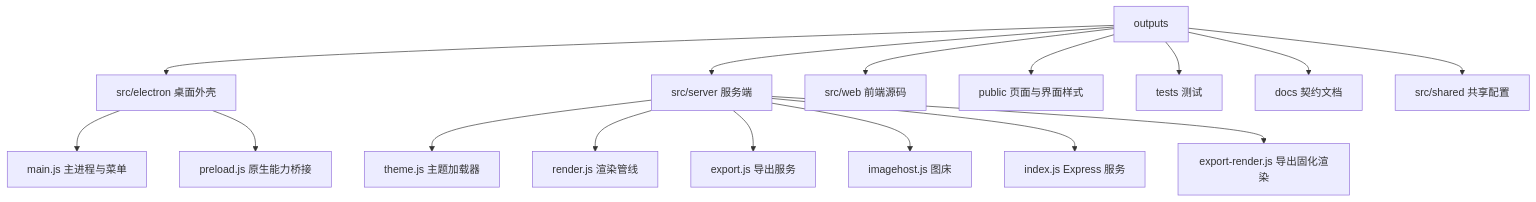
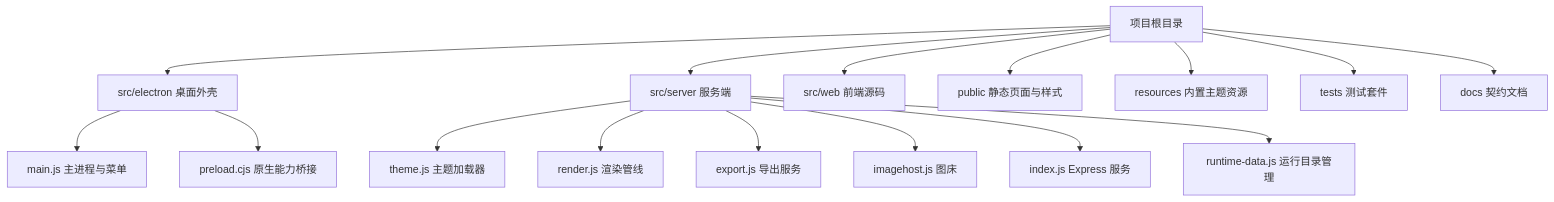
Before and after one commit to Jiao77/typora-compatible-editor: the diagram in README.md, drawn with Mermaid. The commit also changed other lines of this file and 95 other files, not shown here.

````diff
--- a/README.md
+++ b/README.md
@@ -59,18 +121,18 @@
 ```mermaid
 flowchart TD
-  A["outputs"] --> H["src/electron 桌面外壳"]
+  A["项目根目录"] --> H["src/electron 桌面外壳"]
   A --> B["src/server 服务端"]
   A --> C["src/web 前端源码"]
-  A --> D["public 页面与界面样式"]
-  A --> E["tests 测试"]
+  A --> D["public 静态页面与样式"]
+  A --> R["resources 内置主题资源"]
+  A --> E["tests 测试套件"]
   A --> F["docs 契约文档"]
   B --> B1["theme.js 主题加载器"]
   B --> B2["render.js 渲染管线"]
   B --> B3["export.js 导出服务"]
   B --> B4["imagehost.js 图床"]
   B --> B5["index.js Express 服务"]
-  B --> B6["export-render.js 导出固化渲染"]
-  A --> G["src/shared 共享配置"]
+  B --> B6["runtime-data.js 运行目录管理"]
   H --> H1["main.js 主进程与菜单"]
-  H --> H2["preload.js 原生能力桥接"]
+  H --> H2["preload.cjs 原生能力桥接"]
 ```
````
